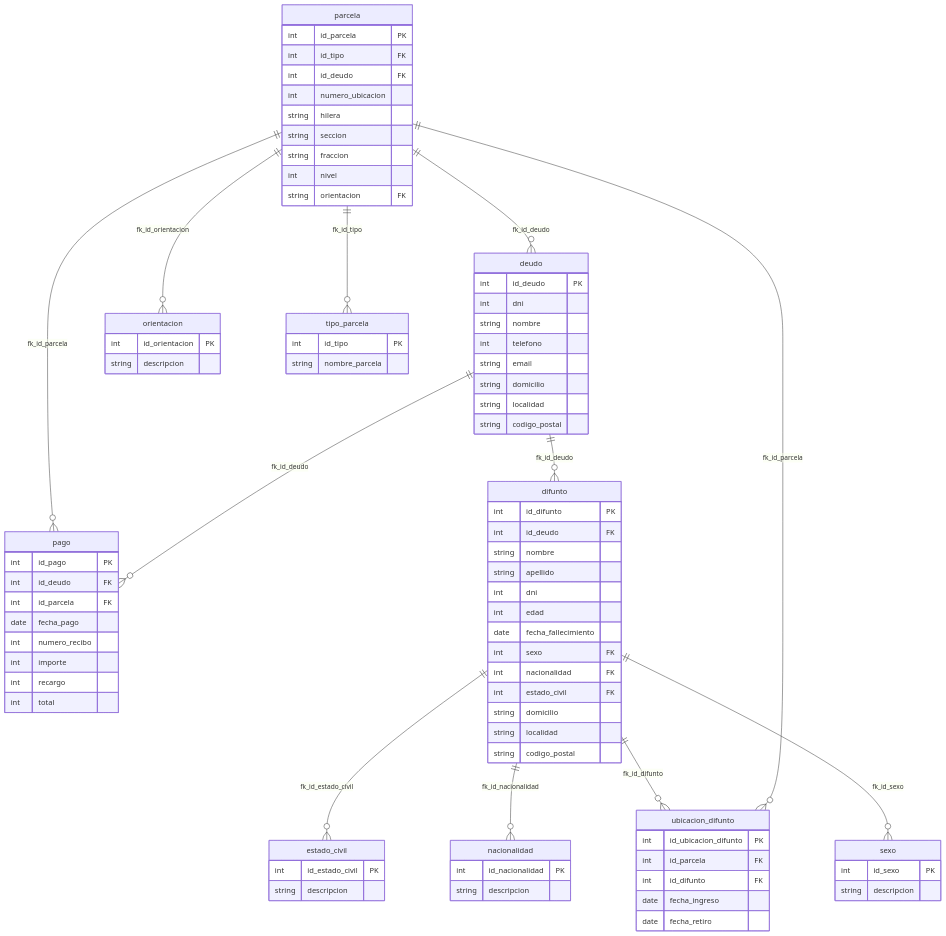
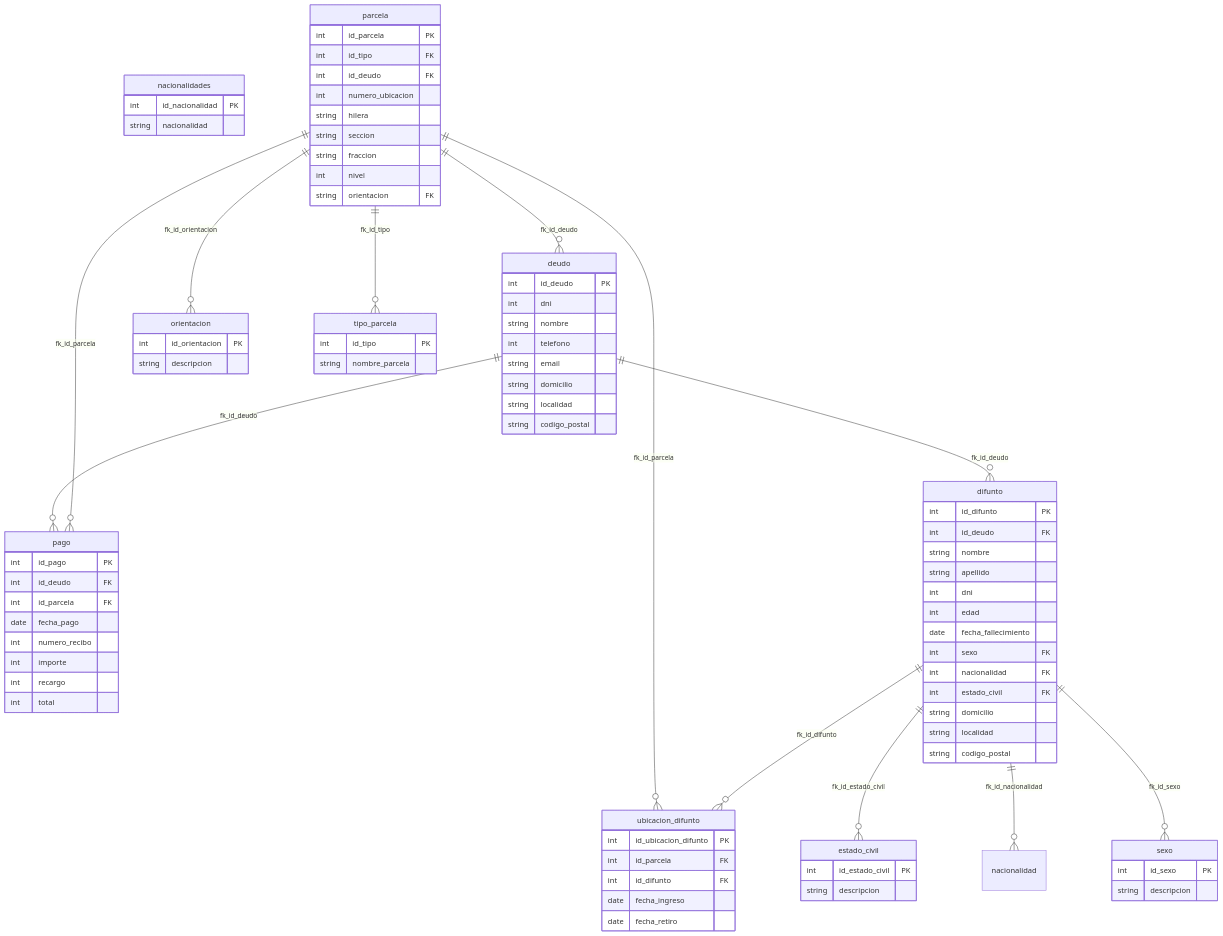
The diagram in README.md (MSCB-Sistemas/cementerio), drawn with Mermaid before and after one commit.

```diff
--- a/README.md
+++ b/README.md
@@ -67,9 +67,9 @@
         string descripcion
     }
 
-    nacionalidad {
+    nacionalidades {
         int id_nacionalidad PK
-        string descripcion
+        string nacionalidad
     }
 
     sexo {
```
